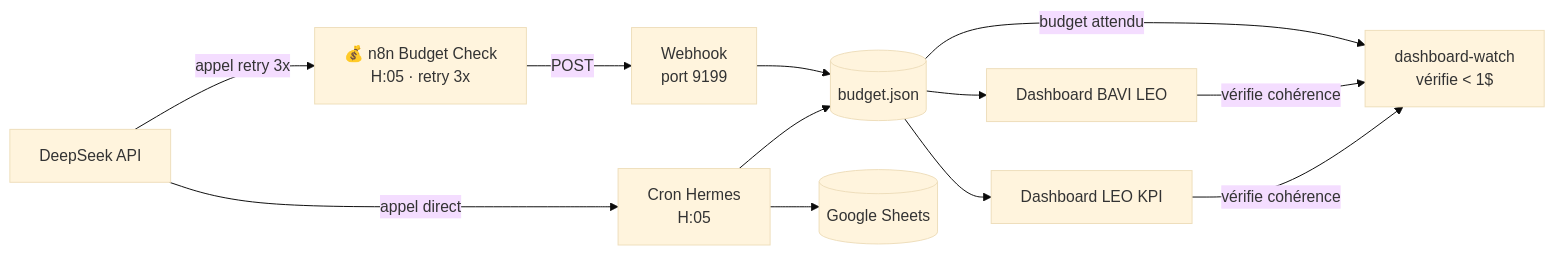
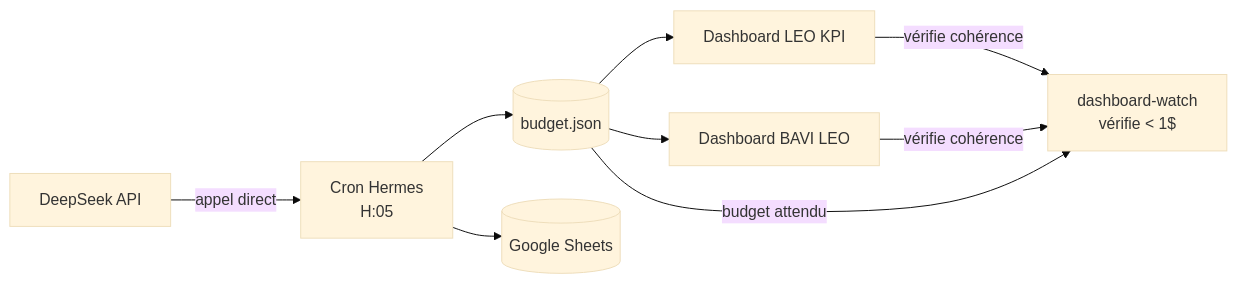
The second of 6 diagrams in 03-utilisation/architecture-leo.md (christophedanhier-hash/hermes-guide), drawn with Mermaid (base theme) before and after one commit. The commit also changed other lines of this file and 4 other files, not shown here.

````diff
--- a/03-utilisation/architecture-leo.md
+++ b/03-utilisation/architecture-leo.md
@@ -205,24 +197,19 @@
 ```mermaid
 flowchart LR
     DS[DeepSeek API]
     HERMES[Cron Hermes<br/>H:05]
-    N8N[💰 n8n Budget Check<br/>H:05 · retry 3x]
     BJ[(budget.json)]
     GS[(Google Sheets)]
-    WH[Webhook<br/>port 9199]
     L[Dashboard LEO KPI]
     B[Dashboard BAVI LEO]
     DW[dashboard-watch<br/>vérifie < 1$]
 
     DS -->|appel direct| HERMES
-    DS -->|appel retry 3x| N8N
     HERMES --> BJ
     HERMES --> GS
-    N8N -->|POST| WH
-    WH --> BJ
     BJ --> L
     BJ --> B
     L -->|vérifie cohérence| DW
     B -->|vérifie cohérence| DW
     BJ -->|budget attendu| DW
 ```
````
